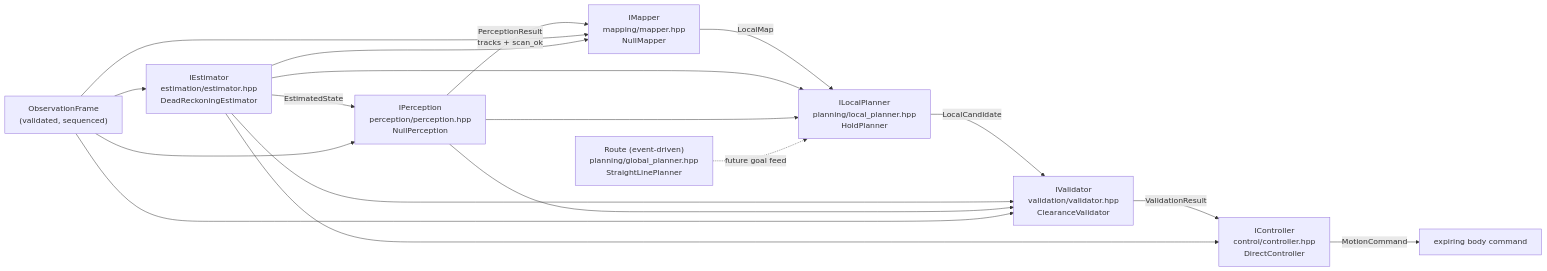
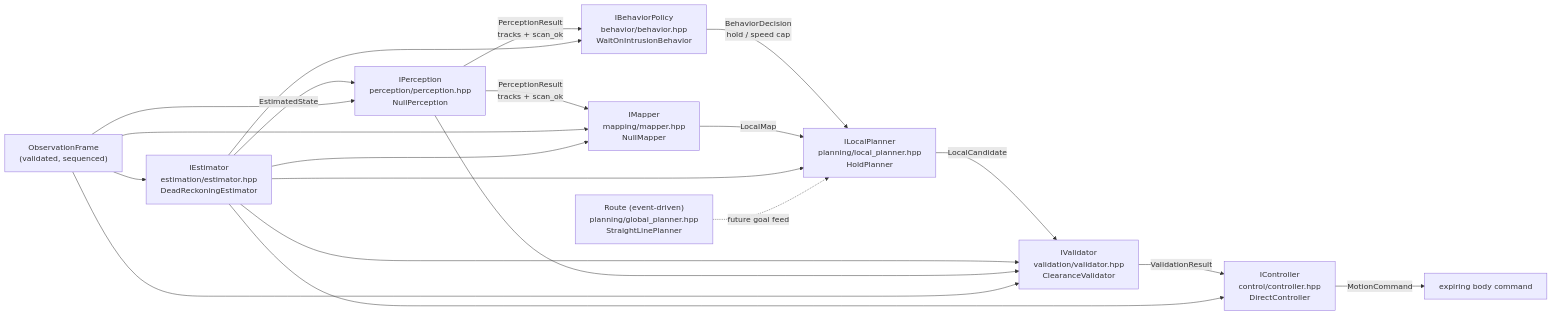
Before and after one commit to Robin-1978/lost-signal: the diagram in docs/algorithms.md, drawn with Mermaid. The commit also changed other lines of this file and 6 other files, not shown here.

Commit message:
feat: dynamic decision layer with behavior policy between perception and planning

````diff
--- a/docs/algorithms.md
+++ b/docs/algorithms.md
@@ -9,20 +9,22 @@
 ```mermaid
 flowchart LR
   Obs["ObservationFrame<br/>(validated, sequenced)"] --> Est["IEstimator<br/>estimation/estimator.hpp<br/>DeadReckoningEstimator"]
   Est -->|"EstimatedState"| Per["IPerception<br/>perception/perception.hpp<br/>NullPerception"]
   Obs --> Per
+  Per -->|"PerceptionResult<br/>tracks + scan_ok"| Beh["IBehaviorPolicy<br/>behavior/behavior.hpp<br/>WaitOnIntrusionBehavior"]
+  Est --> Beh
+  Beh -->|"BehaviorDecision<br/>hold / speed cap"| LP["ILocalPlanner<br/>planning/local_planner.hpp<br/>HoldPlanner"]
   Per -->|"PerceptionResult<br/>tracks + scan_ok"| Map["IMapper<br/>mapping/mapper.hpp<br/>NullMapper"]
   Obs --> Map
   Est --> Map
-  Map -->|"LocalMap"| LP["ILocalPlanner<br/>planning/local_planner.hpp<br/>HoldPlanner"]
+  Map -->|"LocalMap"| LP
   Est --> LP
-  Per --> LP
   LP -->|"LocalCandidate"| Val["IValidator<br/>validation/validator.hpp<br/>ClearanceValidator"]
   Est --> Val
   Per --> Val
   Obs --> Val
   Val -->|"ValidationResult"| Ctl["IController<br/>control/controller.hpp<br/>DirectController"]
   Est --> Ctl
   Ctl -->|"MotionCommand"| Out["expiring body command"]
   Goal["Route (event-driven)<br/>planning/global_planner.hpp<br/>StraightLinePlanner"] -.->|"future goal feed"| LP
 ```
````
